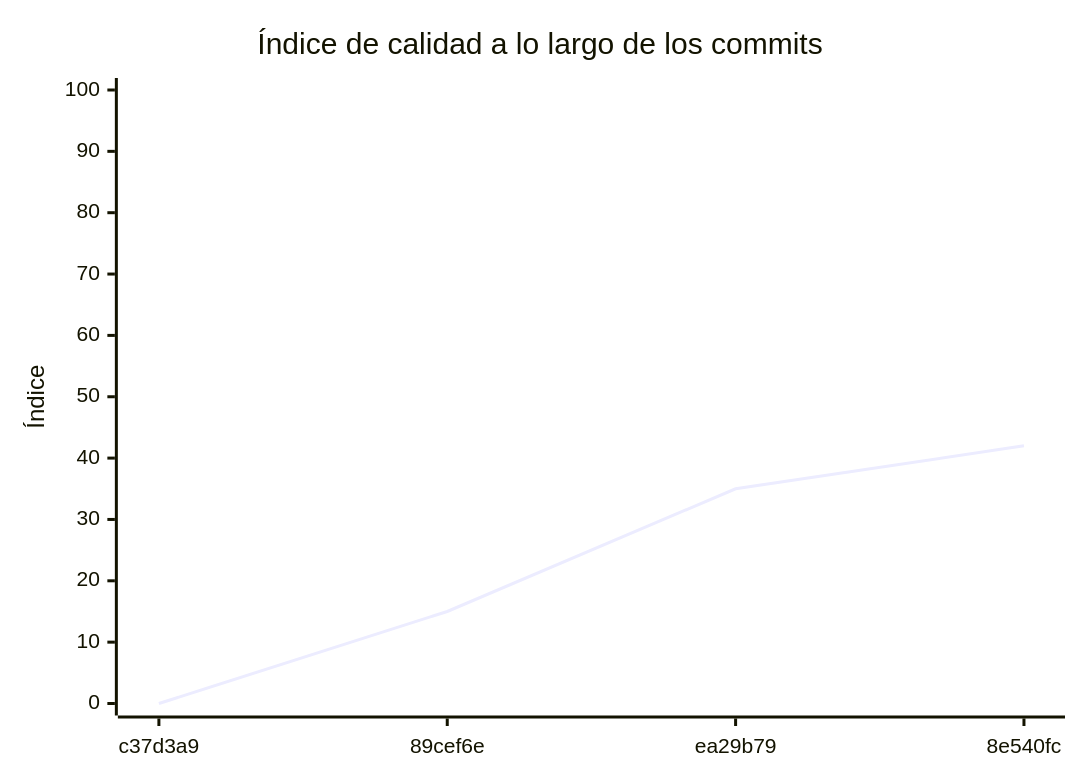
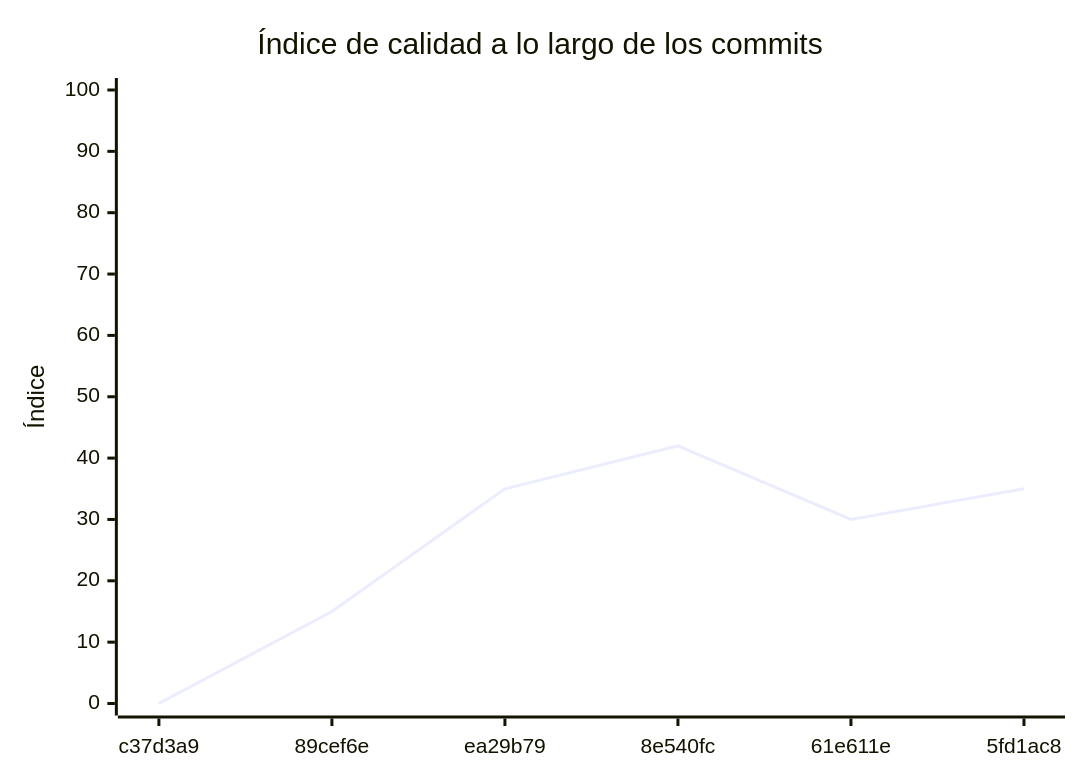
Before and after one commit to mat-gomez/catalog-service: the diagram in docs/EVALUACION.md, drawn with Mermaid. The commit also changed other lines of this file and 1 other file, not shown here.

````diff
--- a/docs/EVALUACION.md
+++ b/docs/EVALUACION.md
@@ -125,7 +145,7 @@
 ```mermaid
 xychart-beta
     title "Índice de calidad a lo largo de los commits"
-    x-axis ["c37d3a9", "89cef6e", "ea29b79", "8e540fc"]
+    x-axis ["c37d3a9", "89cef6e", "ea29b79", "8e540fc", "61e611e", "5fd1ac8"]
     y-axis "Índice" 0 --> 100
-    line [0, 15, 35, 42]
+    line [0, 15, 35, 42, 30, 35]
 ```
````
